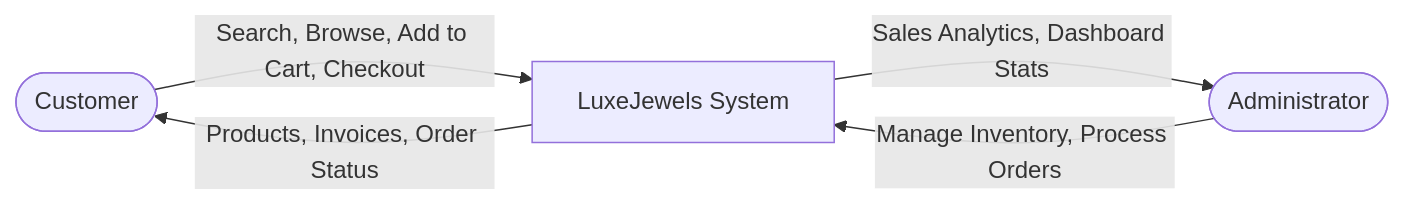
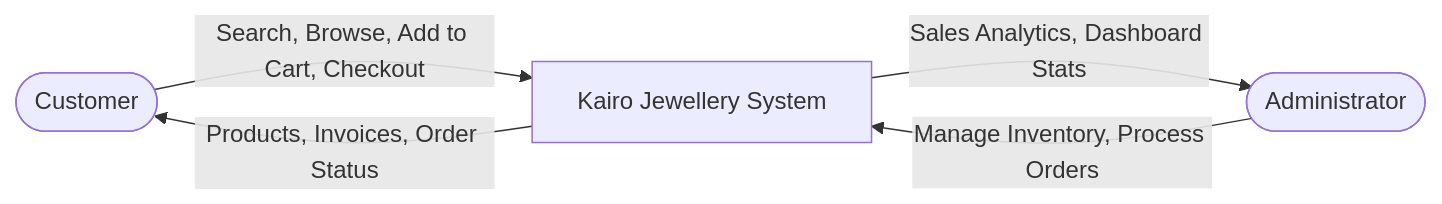
One commit to anshpatel8780-arch/luxejewellery changed the second of 7 diagrams in SYSTEM_DESIGN_DIAGRAMS.md. Above: the diagram before and after it, drawn with Mermaid. The commit also changed other lines of this file and 18 other files, not shown here.

Commit message:
feat: rebrand to Kairo Jewellery and update logo

````diff
--- a/SYSTEM_DESIGN_DIAGRAMS.md
+++ b/SYSTEM_DESIGN_DIAGRAMS.md
@@ -64,7 +64,7 @@
 ```mermaid
 flowchart LR
-    User([Customer]) -- "Search, Browse, Add to Cart, Checkout" --> System[LuxeJewels System]
+    User([Customer]) -- "Search, Browse, Add to Cart, Checkout" --> System[Kairo Jewellery System]
     System -- "Products, Invoices, Order Status" --> User
     Admin([Administrator]) -- "Manage Inventory, Process Orders" --> System
     System -- "Sales Analytics, Dashboard Stats" --> Admin
 ```
````
